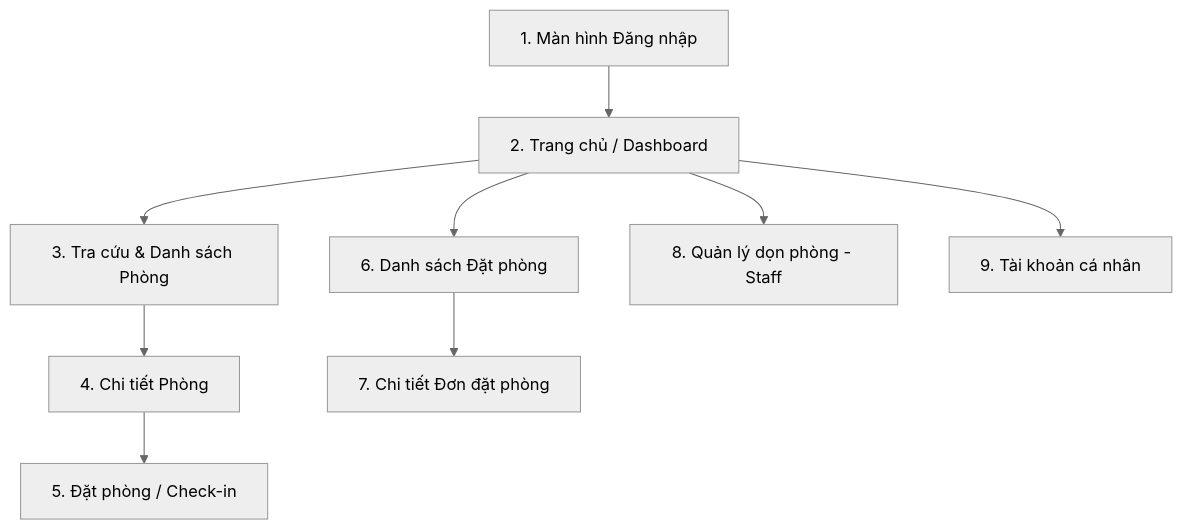
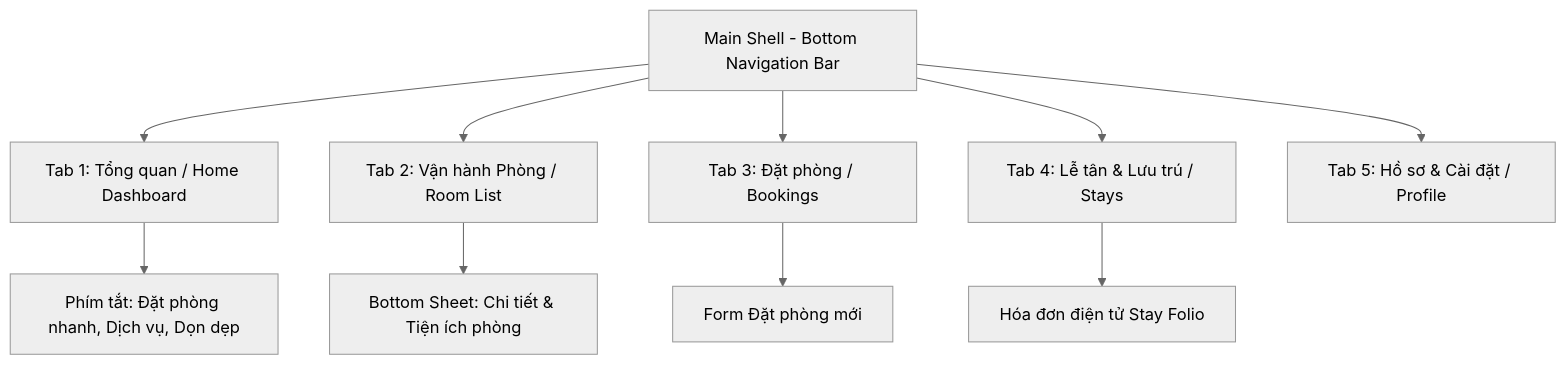
One commit to thpntmk471/hotel-mobile-prm393 changed the diagram in hotel-management-docs/mobile_ui_ux_guide.md. Above: the diagram before and after it, drawn with Mermaid (neutral theme). The commit also changed other lines of this file and 18 other files, not shown here.

Commit message:
feat(ui): upgrade to mobile-first UX with BottomNavigationBar, KPI metrics, and PromptUI design system

````diff
--- a/hotel-management-docs/mobile_ui_ux_guide.md
+++ b/hotel-management-docs/mobile_ui_ux_guide.md
@@ -53,11 +68,13 @@
 ```mermaid
 graph TD
-    Login[1. Màn hình Đăng nhập] --> Home[2. Trang chủ / Dashboard]
-    Home --> RoomList[3. Tra cứu & Danh sách Phòng]
-    RoomList --> RoomDetail[4. Chi tiết Phòng]
-    RoomDetail --> Booking[5. Đặt phòng / Check-in]
-    Home --> ReservationList[6. Danh sách Đặt phòng]
-    ReservationList --> BookingDetail[7. Chi tiết Đơn đặt phòng]
-    Home --> TaskList[8. Quản lý dọn phòng - Staff]
-    Home --> Profile[9. Tài khoản cá nhân]
+    AppShell[Main Shell - Bottom Navigation Bar] --> Tab1[Tab 1: Tổng quan / Home Dashboard]
+    AppShell --> Tab2[Tab 2: Vận hành Phòng / Room List]
+    AppShell --> Tab3[Tab 3: Đặt phòng / Bookings]
+    AppShell --> Tab4[Tab 4: Lễ tân & Lưu trú / Stays]
+    AppShell --> Tab5[Tab 5: Hồ sơ & Cài đặt / Profile]
+    
+    Tab1 --> QuickActions[Phím tắt: Đặt phòng nhanh, Dịch vụ, Dọn dẹp]
+    Tab2 --> RoomDetailSheet[Bottom Sheet: Chi tiết & Tiện ích phòng]
+    Tab3 --> BookingForm[Form Đặt phòng mới]
+    Tab4 --> StayFolio[Hóa đơn điện tử Stay Folio]
 ```
````
